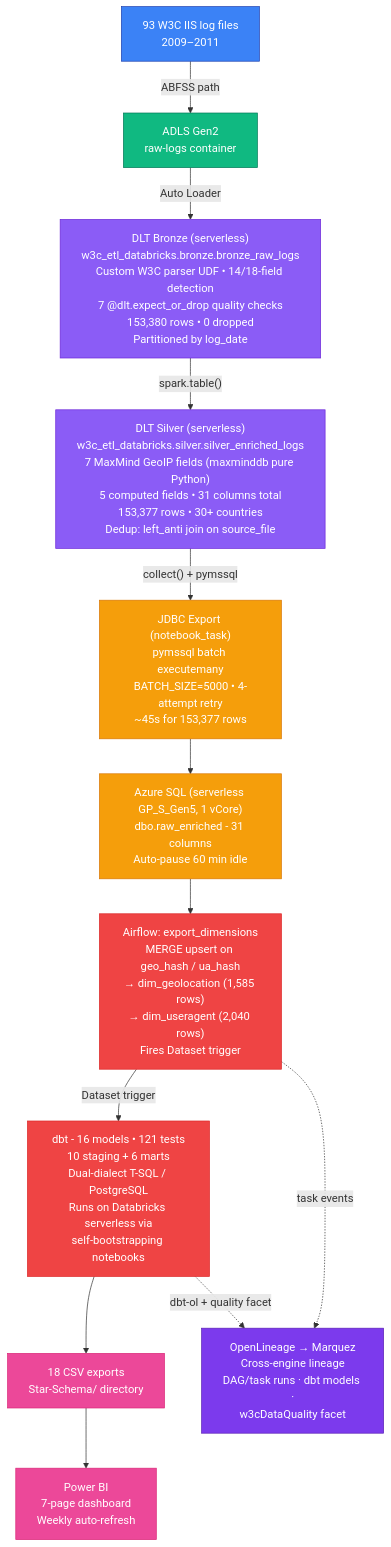
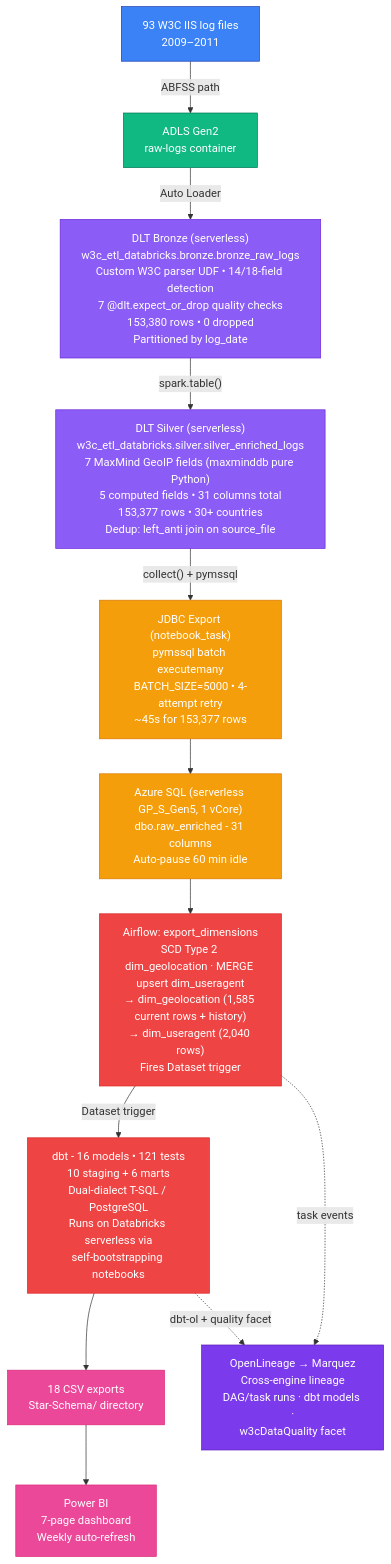
One commit to AhmedIkram05/w3c-etl-pipeline changed the first of 10 diagrams in README.md. Above: the diagram before and after it, drawn with Mermaid. The commit also changed other lines of this file, not shown here.

````diff
--- a/README.md
+++ b/README.md
@@ -74,45 +74,45 @@
 ```mermaid
 flowchart TB
     classDef source fill:#3b82f6,color:#fff,stroke:#1e40af
     classDef ingest fill:#10b981,color:#fff,stroke:#047857
     classDef dlt fill:#8b5cf6,color:#fff,stroke:#6d28d9
     classDef sql fill:#f59e0b,color:#fff,stroke:#d97706
     classDef dbtclass fill:#ef4444,color:#fff,stroke:#dc2626
     classDef bi fill:#ec4899,color:#fff,stroke:#db2777
     classDef lineage fill:#7c3aed,color:#fff,stroke:#5b21b6
 
     source["93 W3C IIS log files<br/>2009–2011"]:::source
 
     adls["ADLS Gen2<br/>raw-logs container"]:::ingest
 
     bronze["DLT Bronze (serverless)<br/>w3c_etl_databricks.bronze.bronze_raw_logs<br/>Custom W3C parser UDF • 14/18-field detection<br/>7 @dlt.expect_or_drop quality checks<br/>153,380 rows • 0 dropped<br/>Partitioned by log_date"]:::dlt
 
     silver["DLT Silver (serverless)<br/>w3c_etl_databricks.silver.silver_enriched_logs<br/>7 MaxMind GeoIP fields (maxminddb pure Python)<br/>5 computed fields • 31 columns total<br/>153,377 rows • 30+ countries<br/>Dedup: left_anti join on source_file"]:::dlt
 
     jdbc["JDBC Export (notebook_task)<br/>pymssql batch executemany<br/>BATCH_SIZE=5000 • 4-attempt retry<br/>~45s for 153,377 rows"]:::sql
 
     azsql["Azure SQL (serverless GP_S_Gen5, 1 vCore)<br/>dbo.raw_enriched - 31 columns<br/>Auto-pause 60 min idle"]:::sql
 
-    dims["Airflow: export_dimensions<br/>MERGE upsert on geo_hash / ua_hash<br/>→ dim_geolocation (1,585 rows)<br/>→ dim_useragent (2,040 rows)<br/>Fires Dataset trigger"]:::dbtclass
+    dims["Airflow: export_dimensions<br/>SCD Type 2 dim_geolocation · MERGE upsert dim_useragent<br/>→ dim_geolocation (1,585 current rows + history)<br/>→ dim_useragent (2,040 rows)<br/>Fires Dataset trigger"]:::dbtclass
 
     dbt["dbt - 16 models • 121 tests<br/>10 staging + 6 marts<br/>Dual-dialect T-SQL / PostgreSQL<br/>Runs on Databricks serverless via<br/>self-bootstrapping notebooks"]:::dbtclass
 
     csv["18 CSV exports<br/>Star-Schema/ directory"]:::bi
 
     powerbi["Power BI<br/>7-page dashboard<br/>Weekly auto-refresh"]:::bi
 
     marquez["OpenLineage → Marquez<br/>Cross-engine lineage<br/>DAG/task runs · dbt models ·<br/>w3cDataQuality facet"]:::lineage
 
     source -->|"ABFSS path"| adls
     adls -->|"Auto Loader"| bronze
     bronze -->|"spark.table()"| silver
     silver -->|"collect() + pymssql"| jdbc
     jdbc --> azsql
     azsql --> dims
     dims -->|"Dataset trigger"| dbt
     dbt --> csv
     csv --> powerbi
 
     dims -.->|"task events"| marquez
     dbt -.->|"dbt-ol + quality facet"| marquez
 ```
````
